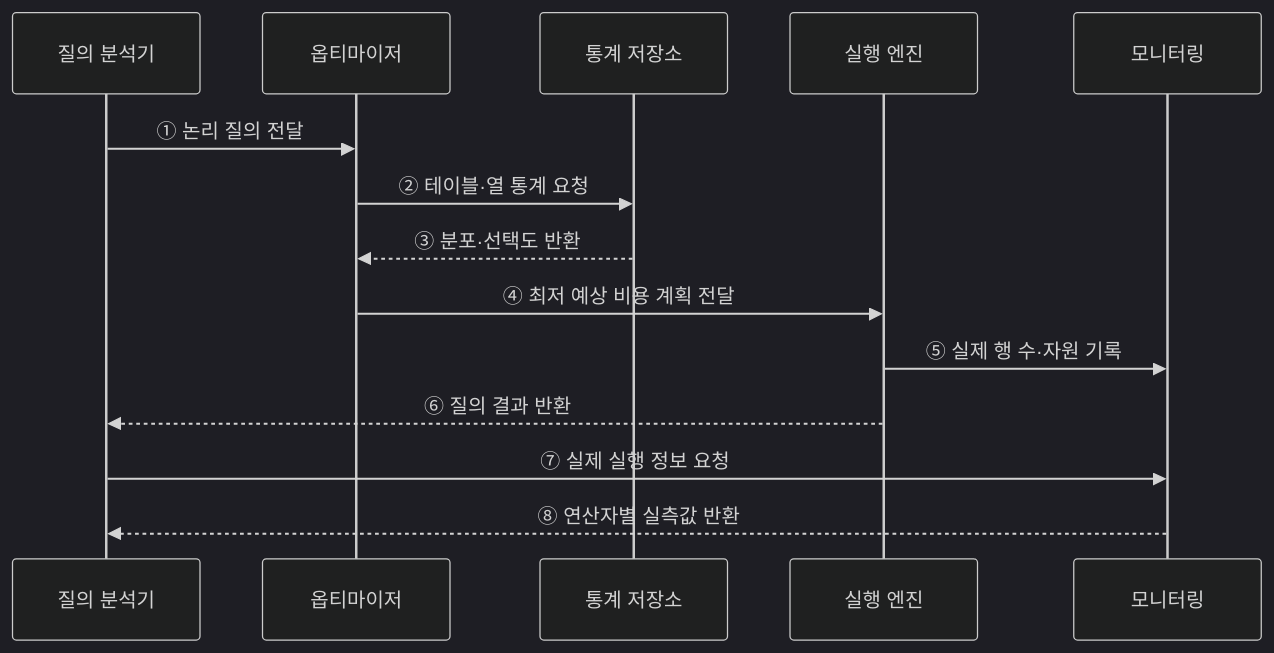
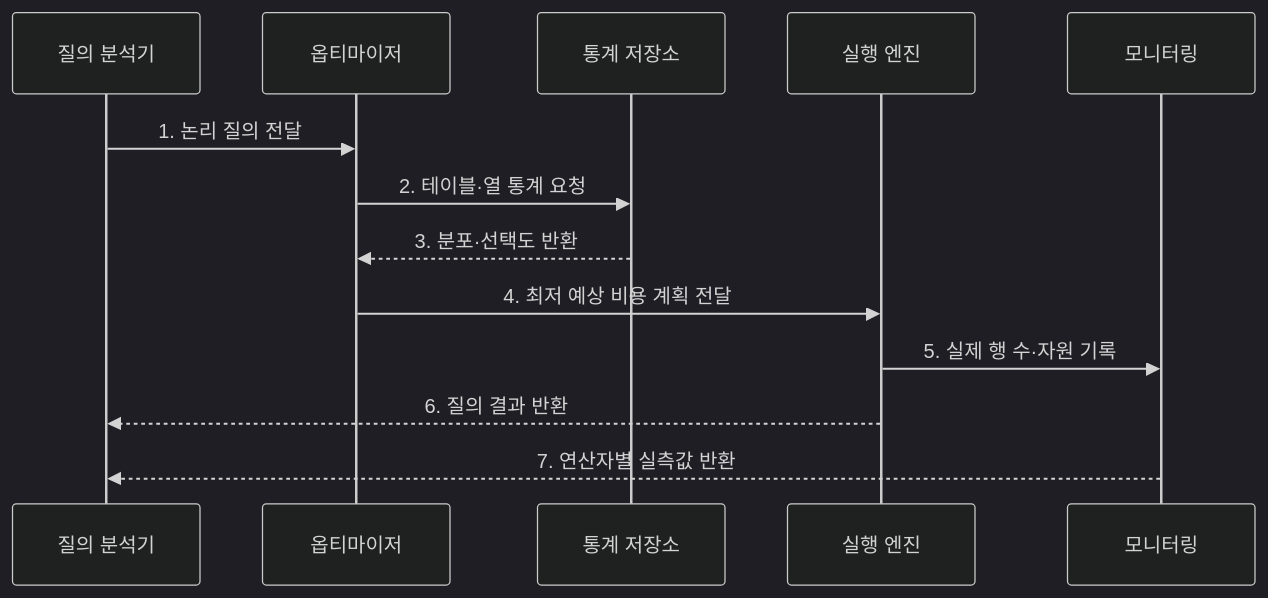
One commit to agnusdei1207/knowledge-base changed the second of 2 diagrams in src/content/docs/notes/03-software/095_query_execution_plan_optimization.md. Above: the diagram before and after it, drawn with Mermaid (dark theme). The commit also changed other lines of this file and 20 other files, not shown here.

````diff
--- a/src/content/docs/notes/03-software/095_query_execution_plan_optimization.md
+++ b/src/content/docs/notes/03-software/095_query_execution_plan_optimization.md
@@ -71,16 +79,15 @@
 ```mermaid
 sequenceDiagram
     participant Q as 질의 분석기
     participant O as 옵티마이저
     participant S as 통계 저장소
     participant E as 실행 엔진
     participant M as 모니터링
-    Q->>O: ① 논리 질의 전달
-    O->>S: ② 테이블·열 통계 요청
-    S-->>O: ③ 분포·선택도 반환
-    O->>E: ④ 최저 예상 비용 계획 전달
-    E->>M: ⑤ 실제 행 수·자원 기록
-    E-->>Q: ⑥ 질의 결과 반환
-    Q->>M: ⑦ 실제 실행 정보 요청
-    M-->>Q: ⑧ 연산자별 실측값 반환
+    Q->>O: 1. 논리 질의 전달
+    O->>S: 2. 테이블·열 통계 요청
+    S-->>O: 3. 분포·선택도 반환
+    O->>E: 4. 최저 예상 비용 계획 전달
+    E->>M: 5. 실제 행 수·자원 기록
+    E-->>Q: 6. 질의 결과 반환
+    M-->>Q: 7. 연산자별 실측값 반환
 ```
````
